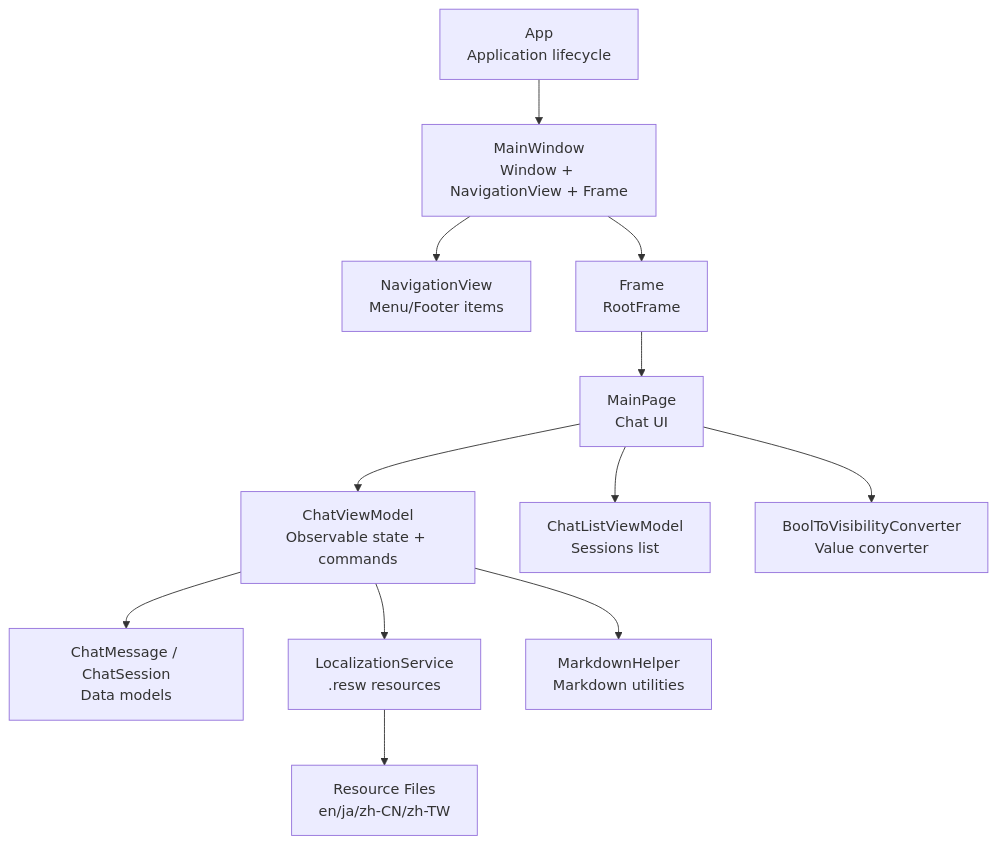
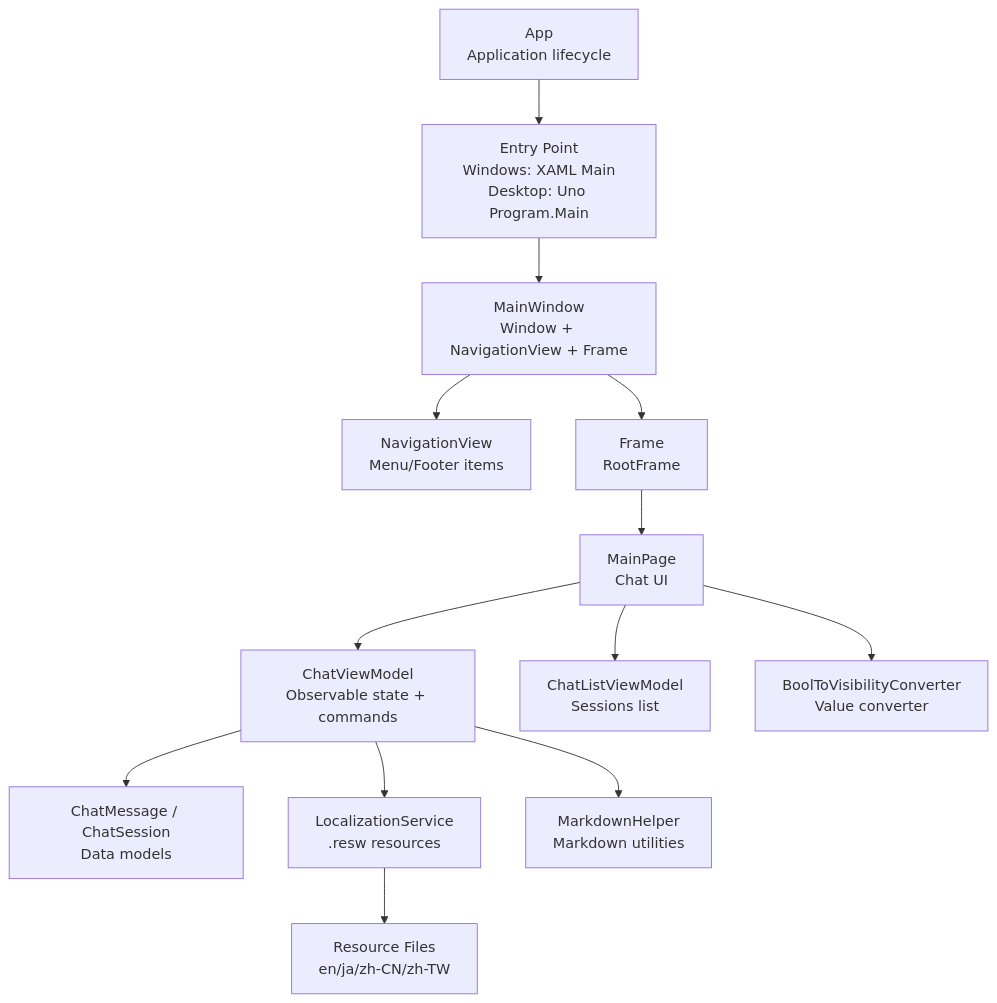
The first of 11 diagrams in .qoder/repowiki/en/content/Architecture Overview/UI Framework and Navigation.md (AgenticDesktop/App), drawn with Mermaid before and after one commit. The commit also changed other lines of this file and 19 other files, not shown here.

````diff
--- a/.qoder/repowiki/en/content/Architecture Overview/UI Framework and Navigation.md
+++ b/.qoder/repowiki/en/content/Architecture Overview/UI Framework and Navigation.md
@@ -51,14 +54,15 @@
 ```mermaid
 graph TB
-App["App<br/>Application lifecycle"] --> Window["MainWindow<br/>Window + NavigationView + Frame"]
+App["App<br/>Application lifecycle"] --> Entry["Entry Point<br/>Windows: XAML Main<br/>Desktop: Uno Program.Main"]
+Entry --> Window["MainWindow<br/>Window + NavigationView + Frame"]
 Window --> Nav["NavigationView<br/>Menu/Footer items"]
 Window --> Frame["Frame<br/>RootFrame"]
 Frame --> Main["MainPage<br/>Chat UI"]
 Main --> VM["ChatViewModel<br/>Observable state + commands"]
 Main --> CLVM["ChatListViewModel<br/>Sessions list"]
 VM --> Msg["ChatMessage / ChatSession<br/>Data models"]
 Main --> Conv["BoolToVisibilityConverter<br/>Value converter"]
 VM --> Loc["LocalizationService<br/>.resw resources"]
 VM --> MD["MarkdownHelper<br/>Markdown utilities"]
 Loc --> Res["Resource Files<br/>en/ja/zh-CN/zh-TW"]
 ```
````
